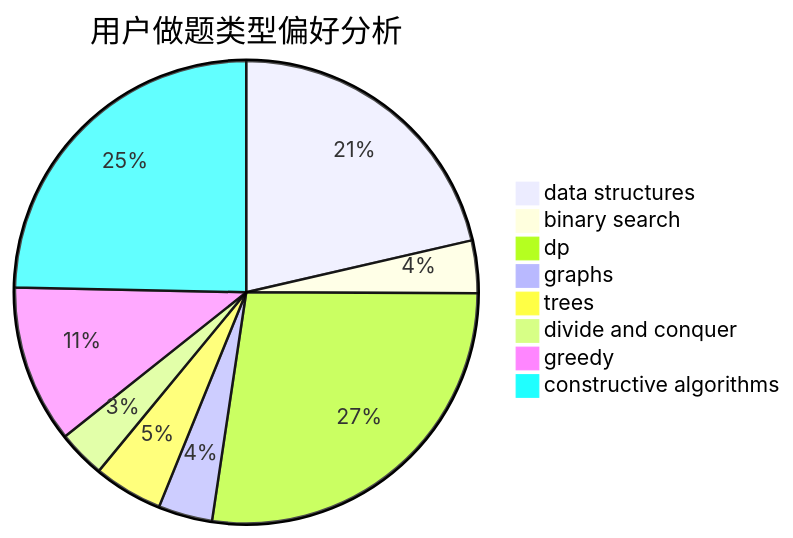
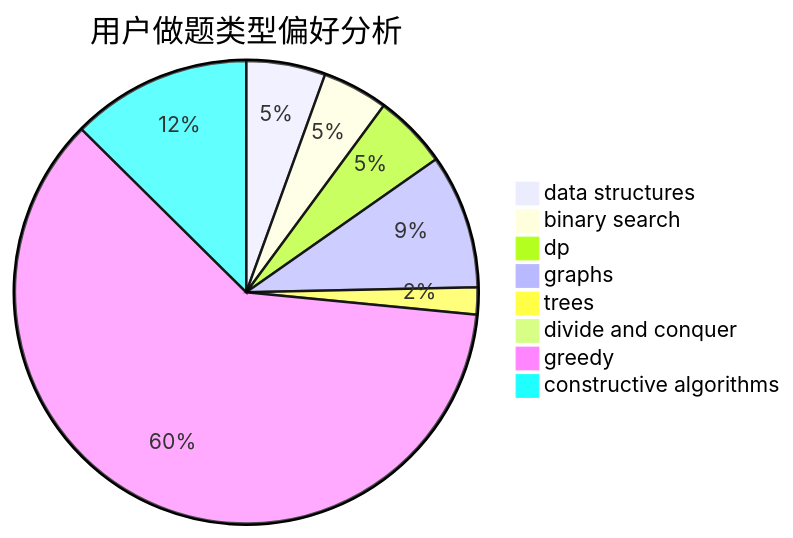
One commit to sherpahu/cfrs.github.io changed the second of 3 diagrams in docs/user/u343.md. Above: the diagram before and after it, drawn with Mermaid. The commit also changed other lines of this file and 2770 other files, not shown here.

````diff
--- a/docs/user/u343.md
+++ b/docs/user/u343.md
@@ -23,11 +23,11 @@
 ```mermaid
 pie title 用户做题类型偏好分析
-    "data structures" :  425
-    "binary search" :  73
-    "dp" :  542
-    "graphs" :  75
-    "trees" :  96
-    "divide and conquer" :  66
-    "greedy" :  219
-    "constructive algorithms" :  490
+    "data structures" :  76
+    "binary search" :  63
+    "dp" :  71
+    "graphs" :  129
+    "trees" :  26
+    "divide and conquer" :  13
+    "greedy" :  837
+    "constructive algorithms" :  173
 ```
````
